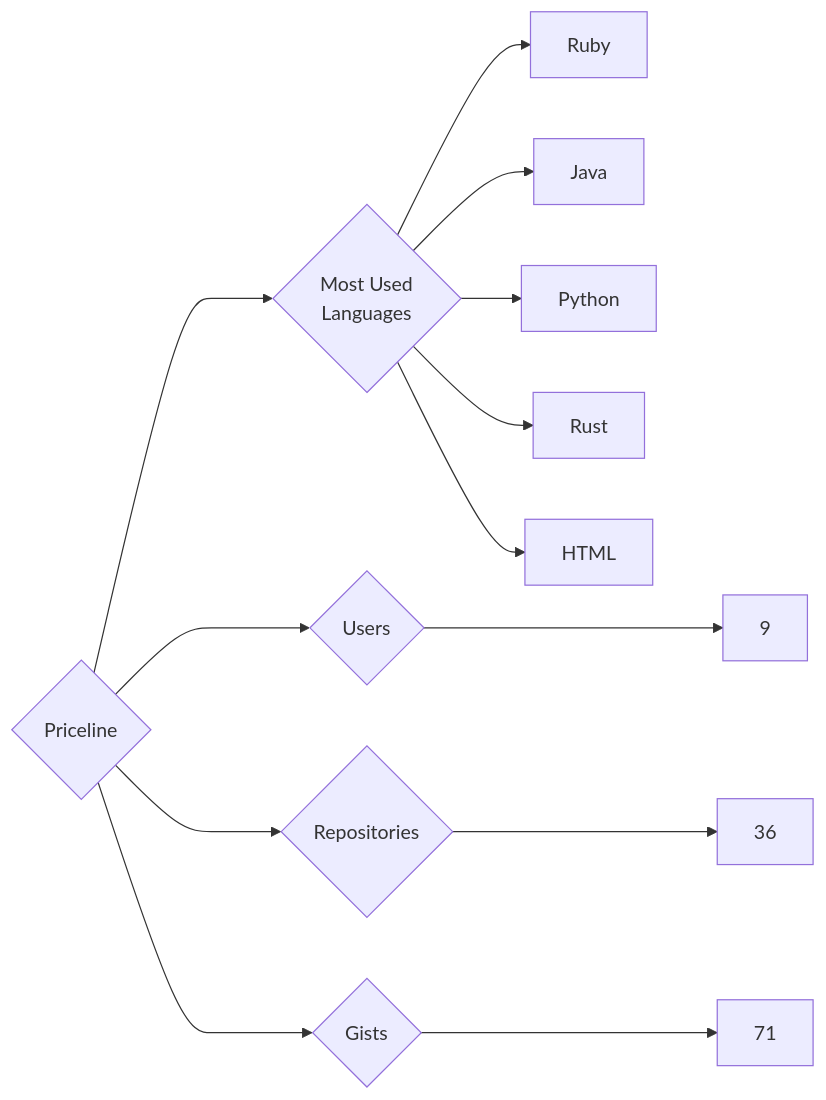
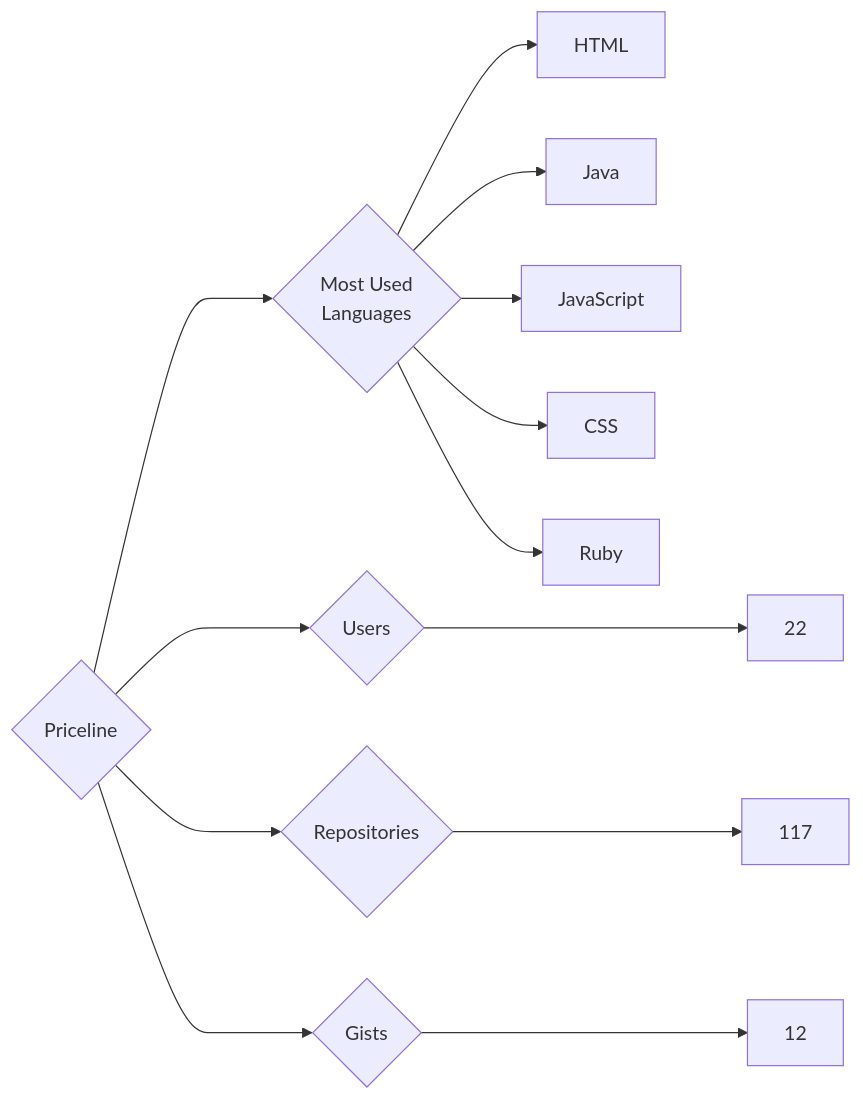
One commit to trickest/insiders changed the diagram in targets/Priceline/README.md. Above: the diagram before and after it, drawn with Mermaid. The commit also changed 877 other files, not shown here.

````diff
--- a/targets/Priceline/README.md
+++ b/targets/Priceline/README.md
@@ -3,13 +3,13 @@
 ```mermaid
 graph LR
 COMPANY_NAME{Priceline}
-COMPANY_NAME ---> U{Users} ---> UN[9]
-COMPANY_NAME ---> R{Repositories} ---> RN[36]
-COMPANY_NAME ---> G{Gists} ---> GN[71]
+COMPANY_NAME ---> U{Users} ---> UN[22]
+COMPANY_NAME ---> R{Repositories} ---> RN[117]
+COMPANY_NAME ---> G{Gists} ---> GN[12]
 COMPANY_NAME ---> ML{Most Used<br>Languages}
+ML --> HTML[HTML]
+ML --> Java[Java]
+ML --> JavaScript[JavaScript]
+ML --> CSS[CSS]
 ML --> Ruby[Ruby]
-ML --> Java[Java]
-ML --> Python[Python]
-ML --> Rust[Rust]
-ML --> HTML[HTML]
 ```
````
